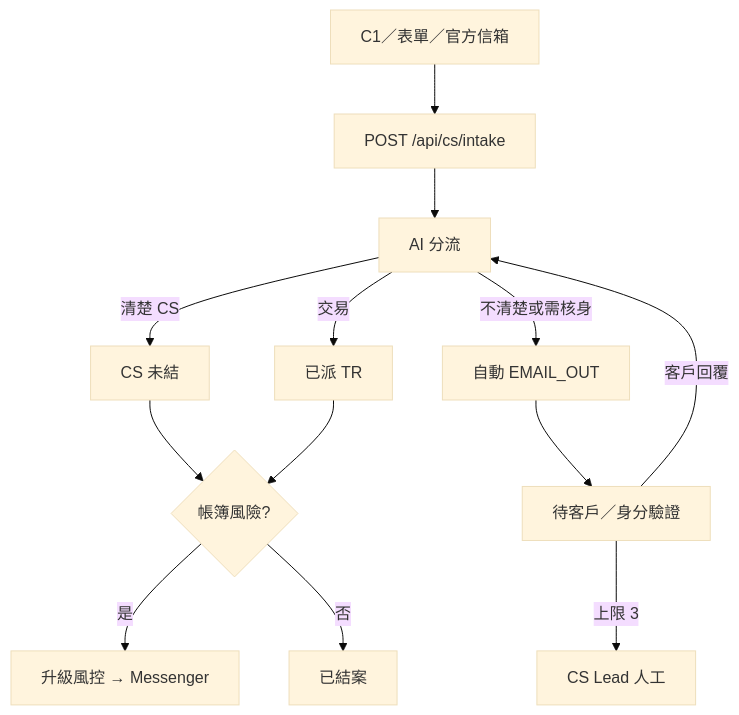
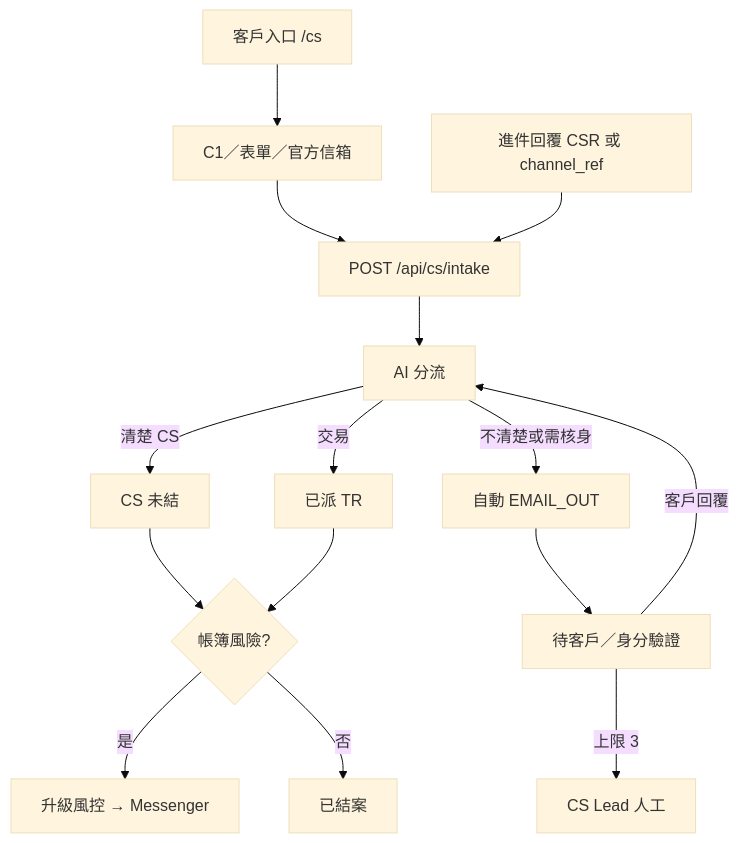
The seventh of 7 diagrams in platform/docs/TSD.zh-Hant.md (hxyan2020/PRD), drawn with Mermaid (base theme) before and after one commit. The commit also changed other lines of this file and 34 other files, not shown here.

````diff
--- a/platform/docs/TSD.zh-Hant.md
+++ b/platform/docs/TSD.zh-Hant.md
@@ -734,15 +738,17 @@
 ```mermaid
 graph TD
   In[C1／表單／官方信箱] --> API[POST /api/cs/intake]
+  Portal[客戶入口 /cs] --> In
+  Reply[進件回覆 CSR 或 channel_ref] --> API
   API --> Triage[AI 分流]
   Triage -->|清楚 CS| Open[CS 未結]
   Triage -->|交易| TR[已派 TR]
   Triage -->|不清楚或需核身| Mail[自動 EMAIL_OUT]
   Mail --> Wait[待客戶／身分驗證]
   Wait -->|客戶回覆| Triage
   Wait -->|上限 3| Lead[CS Lead 人工]
   Open --> Risk{帳簿風險?}
   TR --> Risk
   Risk -->|是| Esc[升級風控 → Messenger]
   Risk -->|否| Done[已結案]
 ```
````
